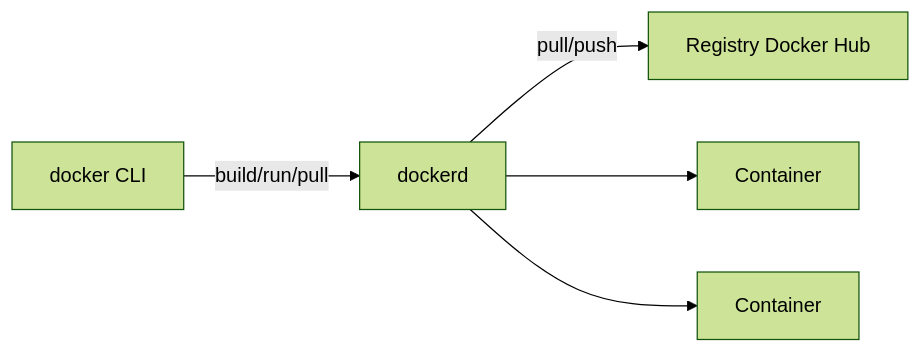
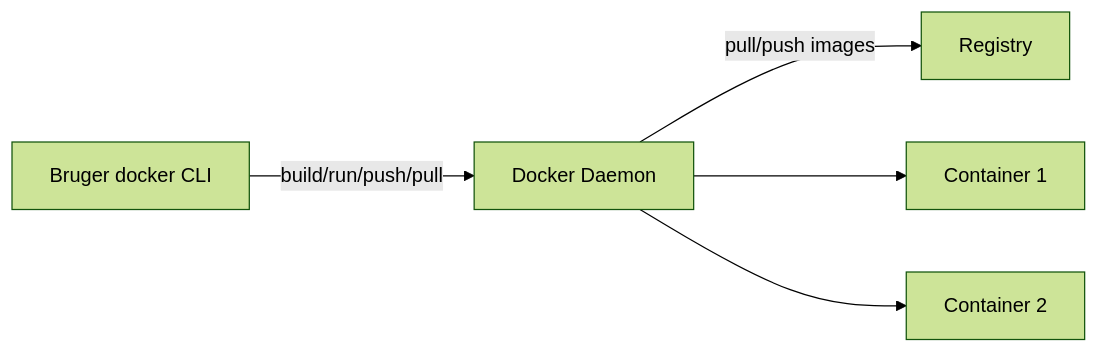
Before and after one commit to Mercantec-GHC/deploy-or-die-anbo0005: the second of 4 diagrams in docs/notes/day6-docker-dockerfile.md, drawn with Mermaid (forest theme). The commit also changed other lines of this file and 14 other files, not shown here.

````diff
--- a/docs/notes/day6-docker-dockerfile.md
+++ b/docs/notes/day6-docker-dockerfile.md
@@ -67,7 +119,7 @@
 ```mermaid
 graph LR
-    U[docker CLI] -->|build/run/pull| D[dockerd]
-    D -->|pull/push| R[Registry Docker Hub]
-    D --> C1[Container]
-    D --> C2[Container]
+    U[Bruger docker CLI] -->|build/run/push/pull| D[Docker Daemon]
+    D -->|pull/push images| R[Registry]
+    D --> C1[Container 1]
+    D --> C2[Container 2]
 ```
````
